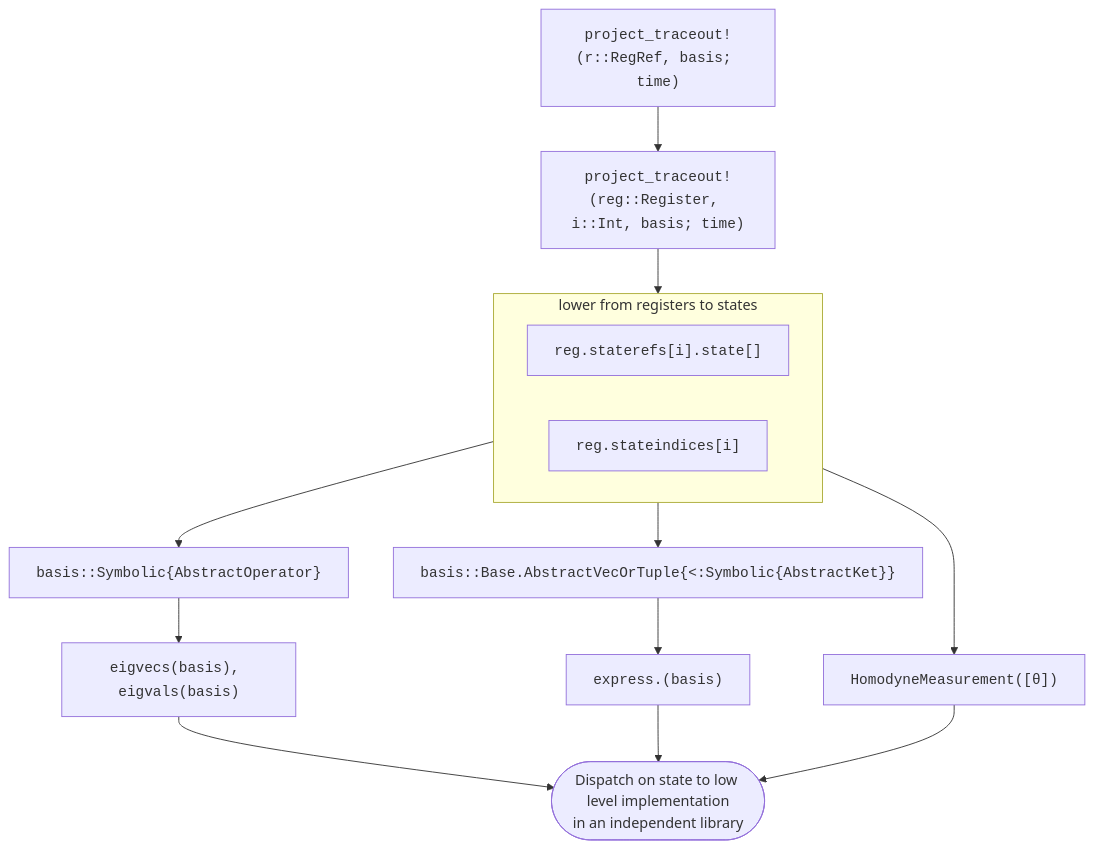
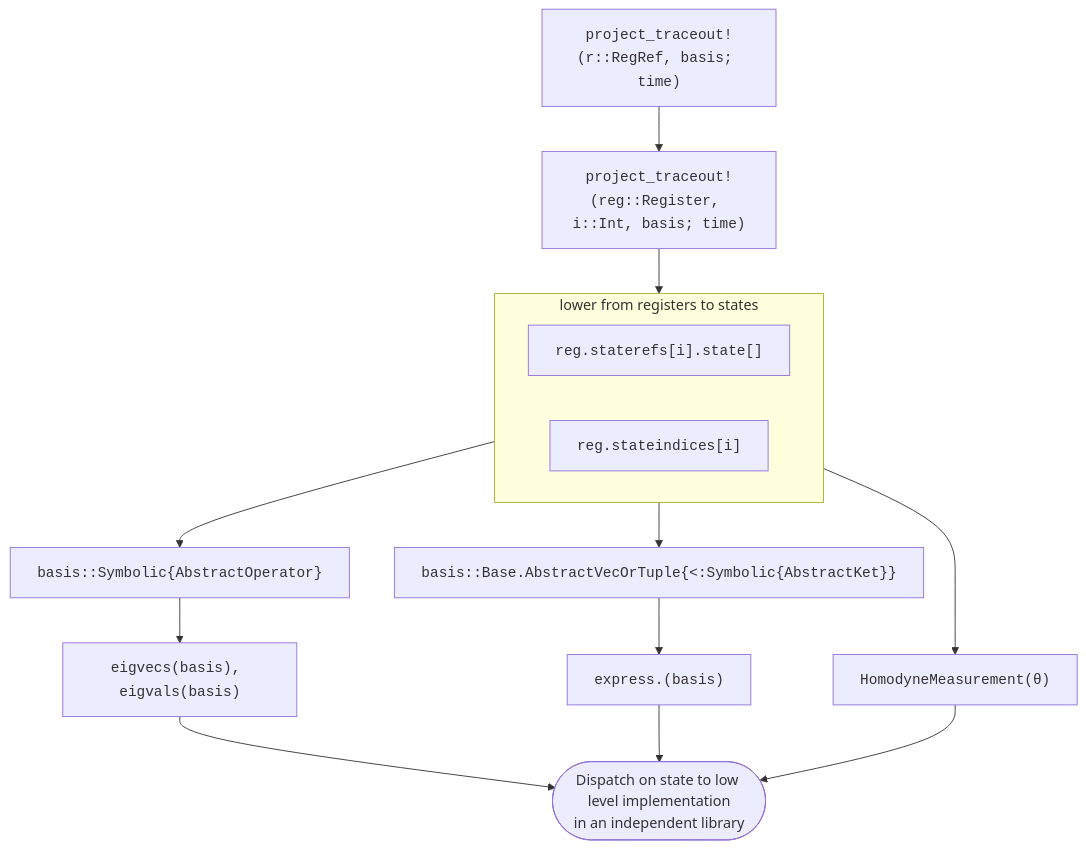
One commit to QuantumSavory/QuantumSavory.jl changed the fourth of 8 diagrams in docs/src/register_interface.md. Above: the diagram before and after it, drawn with Mermaid. The commit also changed other lines of this file and 12 other files, not shown here.

Commit message:
Prefer scalar homodyne measurement angles

````diff
--- a/docs/src/register_interface.md
+++ b/docs/src/register_interface.md
@@ -229,20 +229,20 @@
 ```mermaid
 flowchart TB
   A["<code>project_traceout!(r::RegRef, basis; time)</code>"]
   B["<code>project_traceout!(reg::Register, i::Int, basis; time)</code>"]
   subgraph TOP [lower from registers to states]
     direction LR
     D1["<code>reg.staterefs[i].state[]</code>"]
     D2["<code>reg.stateindices[i]</code>"]
   end
   E1["<code>basis::Symbolic{AbstractOperator}</code>"]
   F1["<code>eigvecs(basis), eigvals(basis)</code>"]
   E2["<code>basis::Base.AbstractVecOrTuple{<:Symbolic{AbstractKet}}</code>"]
   F2["<code>express.(basis)</code>"]
-  E3["<code>HomodyneMeasurement([θ])</code>"]
+  E3["<code>HomodyneMeasurement(θ)</code>"]
   G([Dispatch on state to low level implementation<br>in an independent library])
   A --> B --> TOP
   TOP --> E1 --> F1 --> G
   TOP --> E2 --> F2 --> G
   TOP --> E3 --> G
 ```
````
